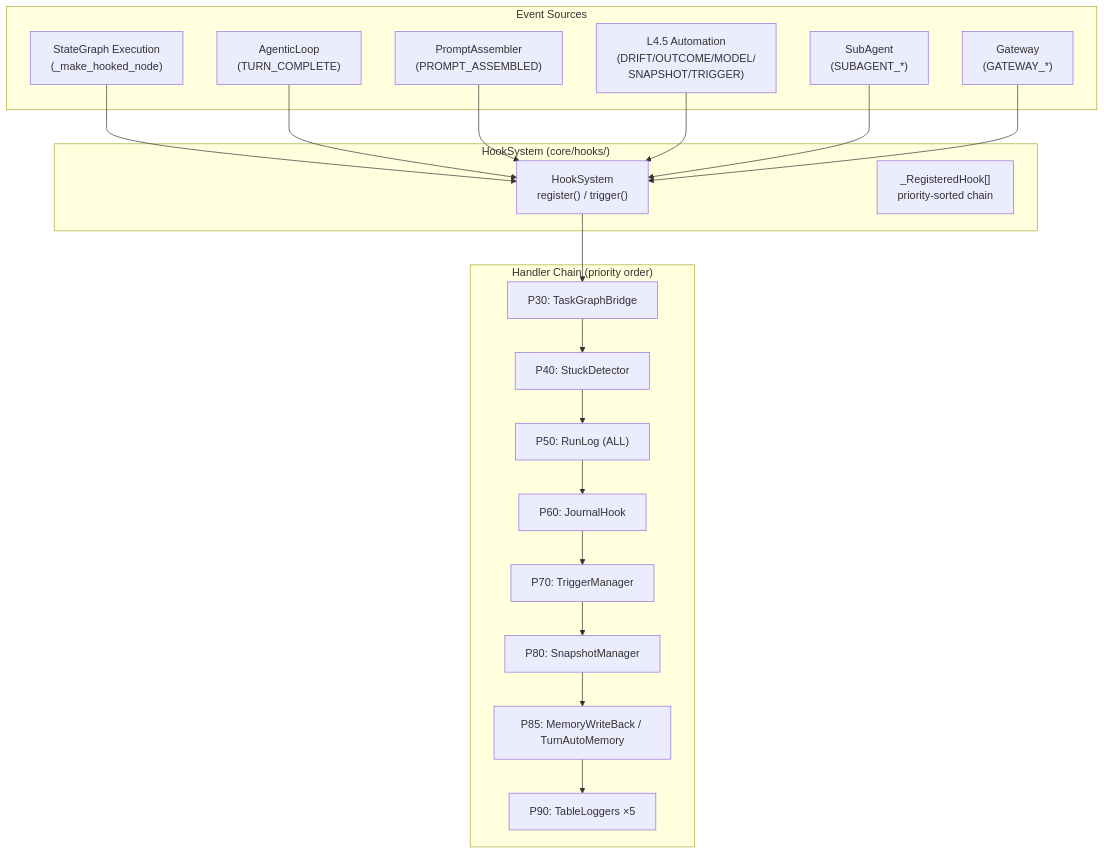
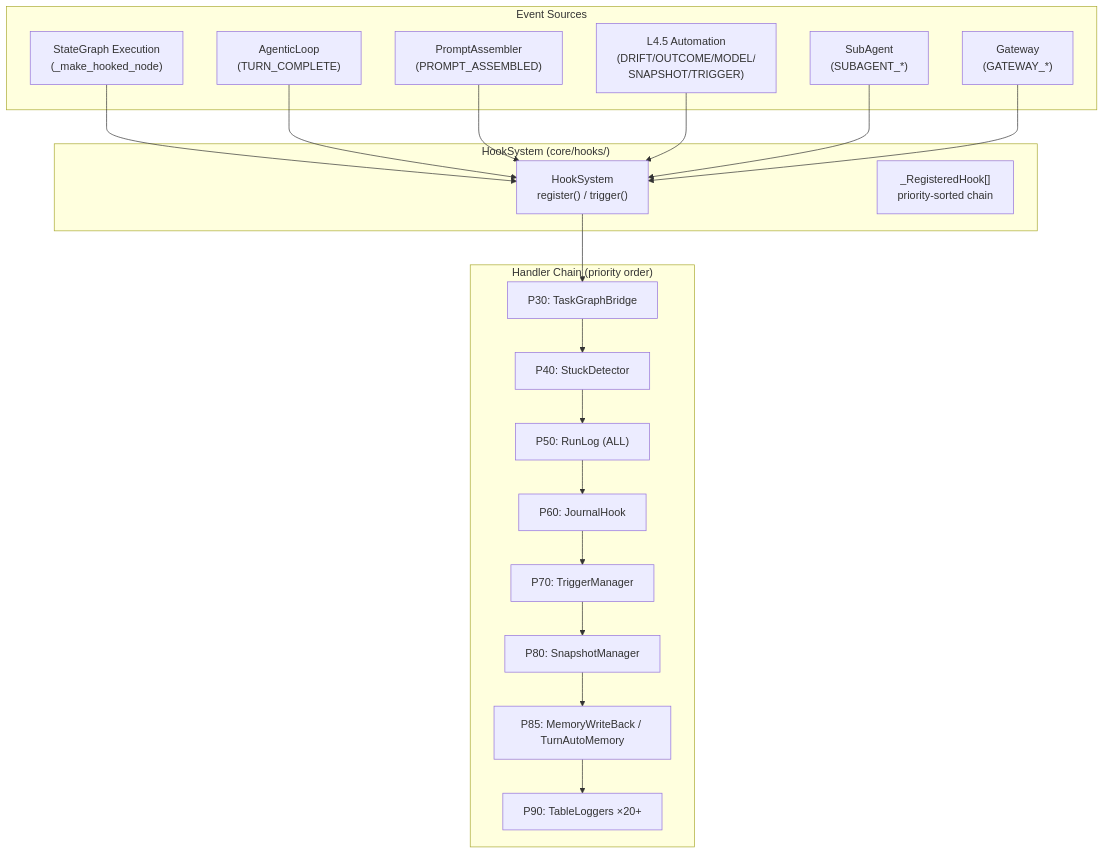
One commit to mangowhoiscloud/geode changed the diagram in docs/architecture/hook-system.en.md. Above: the diagram before and after it, drawn with Mermaid. The commit also changed other lines of this file and 2 other files, not shown here.

````diff
--- a/docs/architecture/hook-system.en.md
+++ b/docs/architecture/hook-system.en.md
@@ -91,35 +92,35 @@
 ```mermaid
 graph TB
     subgraph "Event Sources"
         SG["StateGraph Execution<br/>(_make_hooked_node)"]
         AL["AgenticLoop<br/>(TURN_COMPLETE)"]
         PA["PromptAssembler<br/>(PROMPT_ASSEMBLED)"]
         L45["L4.5 Automation<br/>(DRIFT/OUTCOME/MODEL/<br/>SNAPSHOT/TRIGGER)"]
         SA["SubAgent<br/>(SUBAGENT_*)"]
         GW["Gateway<br/>(GATEWAY_*)"]
     end
 
     subgraph "HookSystem (core/hooks/)"
         HS["HookSystem<br/>register() / trigger()"]
         RH["_RegisteredHook[]<br/>priority-sorted chain"]
     end
 
     subgraph "Handler Chain (priority order)"
         P30["P30: TaskGraphBridge"]
         P40["P40: StuckDetector"]
         P50["P50: RunLog (ALL)"]
         P60["P60: JournalHook"]
         P70["P70: TriggerManager"]
         P80["P80: SnapshotManager"]
         P85["P85: MemoryWriteBack / TurnAutoMemory"]
-        P90["P90: TableLoggers ×5"]
+        P90["P90: TableLoggers ×20+"]
     end
 
     SG --> HS
     AL --> HS
     PA --> HS
     L45 --> HS
     SA --> HS
     GW --> HS
     HS --> P30 --> P40 --> P50 --> P60 --> P70 --> P80 --> P85 --> P90
 ```
````
